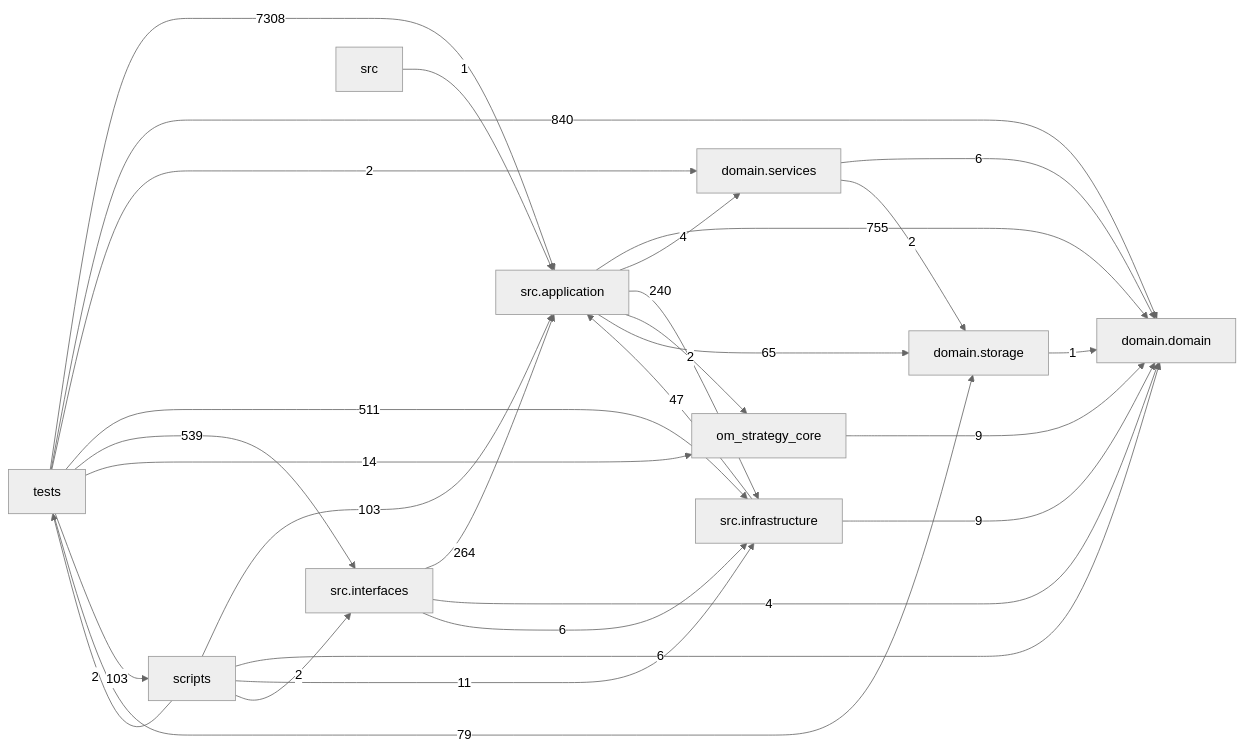
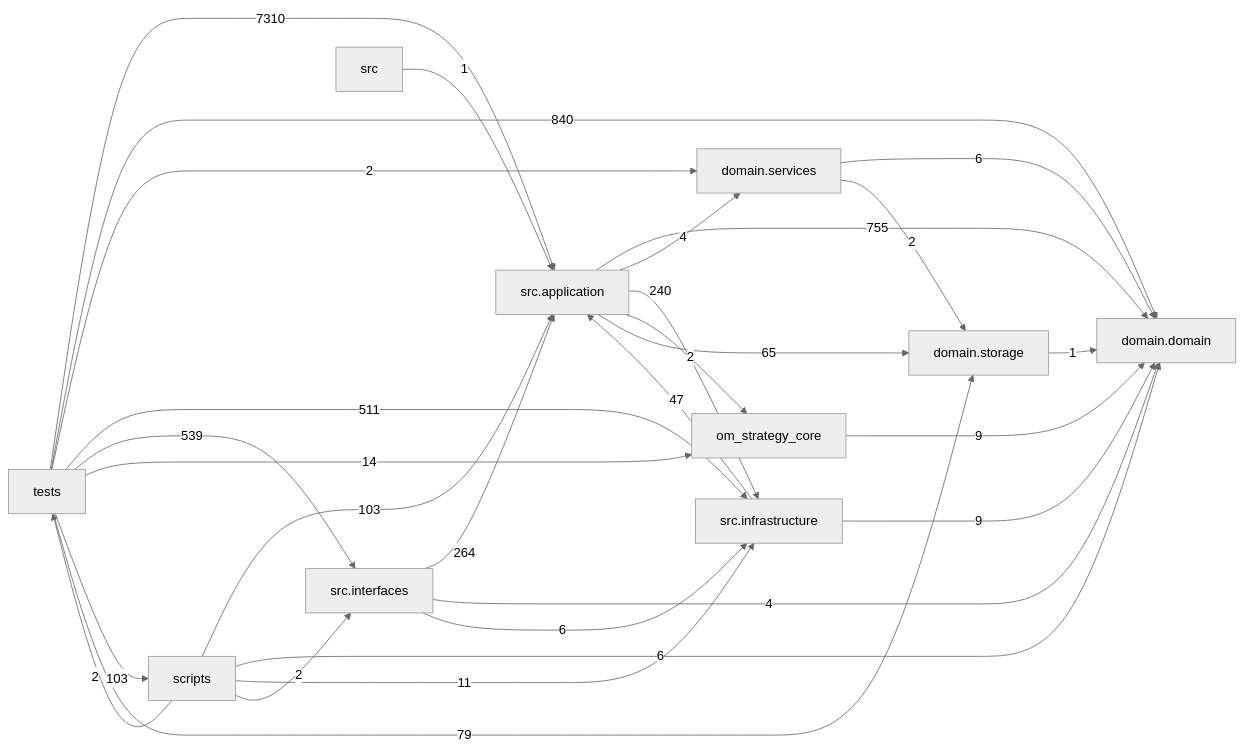
The diagram in docs/DEPENDENCY_GRAPH.md (liuxie066/options-monitor), drawn with Mermaid (neutral theme) before and after one commit. The commit also changed other lines of this file and 7 other files, not shown here.

````diff
--- a/docs/DEPENDENCY_GRAPH.md
+++ b/docs/DEPENDENCY_GRAPH.md
@@ -24,39 +24,39 @@
 ```mermaid
 flowchart LR
   tests["tests"]
   scripts["scripts"]
   interfaces["src.interfaces"]
   application["src.application"]
   infrastructure["src.infrastructure"]
   domain_services["domain.services"]
   domain["domain.domain"]
   storage["domain.storage"]
   application -->|755| domain
   application -->|4| domain_services
   application -->|240| infrastructure
   application -->|2| om_strategy_core
   application -->|65| storage
   domain_services -->|6| domain
   domain_services -->|2| storage
   infrastructure -->|47| application
   infrastructure -->|9| domain
   interfaces -->|264| application
   interfaces -->|4| domain
   interfaces -->|6| infrastructure
   om_strategy_core -->|9| domain
   scripts -->|103| application
   scripts -->|6| domain
   scripts -->|11| infrastructure
   scripts -->|2| interfaces
   scripts -->|2| tests
   src -->|1| application
   storage -->|1| domain
-  tests -->|7308| application
+  tests -->|7310| application
   tests -->|840| domain
   tests -->|2| domain_services
   tests -->|511| infrastructure
   tests -->|539| interfaces
   tests -->|14| om_strategy_core
   tests -->|103| scripts
   tests -->|79| storage
 ```
````
